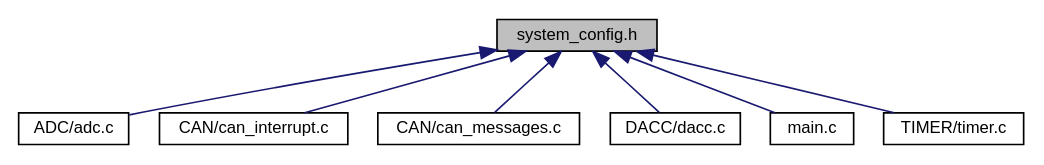
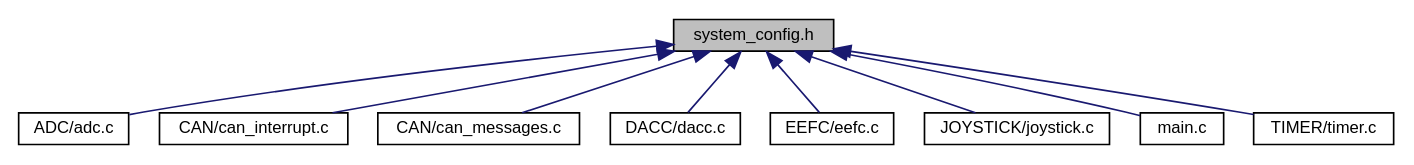
One commit to Sivaranjith1/Ping_Pong_embedded_project changed the diagram in docs/atsam3x8e/system__config_8h__dep__incl.dot. Above: the diagram before and after it, drawn with Graphviz. The commit also changed 142 other files, not shown here.

```diff
--- a/docs/atsam3x8e/system__config_8h__dep__incl.dot
+++ b/docs/atsam3x8e/system__config_8h__dep__incl.dot
@@ -1,19 +1,23 @@
 digraph "system_config.h"
 {
  // LATEX_PDF_SIZE
   edge [fontname="Helvetica",fontsize="10",labelfontname="Helvetica",labelfontsize="10"];
   node [fontname="Helvetica",fontsize="10",shape=record];
   Node1 [label="system_config.h",height=0.2,width=0.4,color="black", fillcolor="grey75", style="filled", fontcolor="black",tooltip="Global configuration for the ATSAME3X8E."];
   Node1 -> Node2 [dir="back",color="midnightblue",fontsize="10",style="solid",fontname="Helvetica"];
   Node2 [label="ADC/adc.c",height=0.2,width=0.4,color="black", fillcolor="white", style="filled",URL="$adc_8c_source.html",tooltip=" "];
   Node1 -> Node3 [dir="back",color="midnightblue",fontsize="10",style="solid",fontname="Helvetica"];
   Node3 [label="CAN/can_interrupt.c",height=0.2,width=0.4,color="black", fillcolor="white", style="filled",URL="$can__interrupt_8c_source.html",tooltip=" "];
   Node1 -> Node4 [dir="back",color="midnightblue",fontsize="10",style="solid",fontname="Helvetica"];
   Node4 [label="CAN/can_messages.c",height=0.2,width=0.4,color="black", fillcolor="white", style="filled",URL="$can__messages_8c_source.html",tooltip=" "];
   Node1 -> Node5 [dir="back",color="midnightblue",fontsize="10",style="solid",fontname="Helvetica"];
   Node5 [label="DACC/dacc.c",height=0.2,width=0.4,color="black", fillcolor="white", style="filled",URL="$dacc_8c_source.html",tooltip=" "];
   Node1 -> Node6 [dir="back",color="midnightblue",fontsize="10",style="solid",fontname="Helvetica"];
-  Node6 [label="main.c",height=0.2,width=0.4,color="black", fillcolor="white", style="filled",URL="$main_8c.html",tooltip="The main application of the ATSAME3X8E for this project."];
+  Node6 [label="EEFC/eefc.c",height=0.2,width=0.4,color="black", fillcolor="white", style="filled",URL="$eefc_8c_source.html",tooltip=" "];
   Node1 -> Node7 [dir="back",color="midnightblue",fontsize="10",style="solid",fontname="Helvetica"];
-  Node7 [label="TIMER/timer.c",height=0.2,width=0.4,color="black", fillcolor="white", style="filled",URL="$timer_8c_source.html",tooltip=" "];
+  Node7 [label="JOYSTICK/joystick.c",height=0.2,width=0.4,color="black", fillcolor="white", style="filled",URL="$joystick_8c_source.html",tooltip=" "];
+  Node1 -> Node8 [dir="back",color="midnightblue",fontsize="10",style="solid",fontname="Helvetica"];
+  Node8 [label="main.c",height=0.2,width=0.4,color="black", fillcolor="white", style="filled",URL="$main_8c.html",tooltip="The main application of the ATSAME3X8E for this project."];
+  Node1 -> Node9 [dir="back",color="midnightblue",fontsize="10",style="solid",fontname="Helvetica"];
+  Node9 [label="TIMER/timer.c",height=0.2,width=0.4,color="black", fillcolor="white", style="filled",URL="$timer_8c_source.html",tooltip=" "];
 }
```
